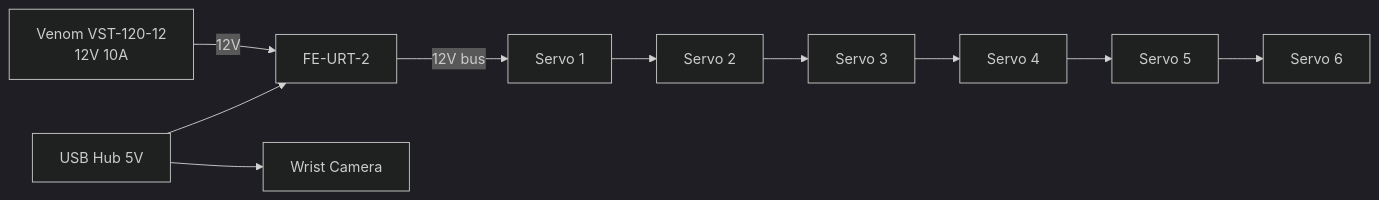
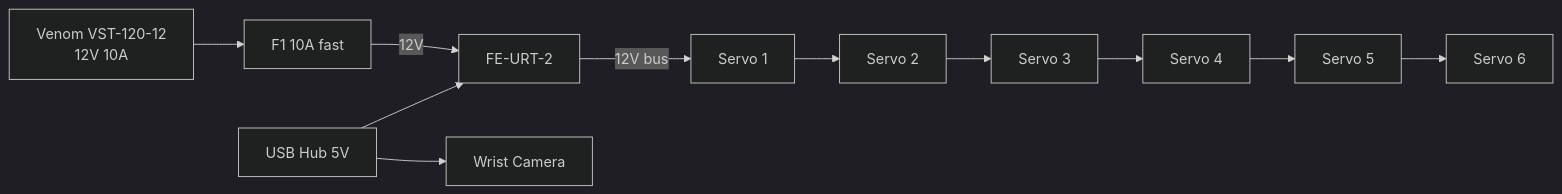
Before and after one commit to dark-neonus/Cleany_AI_Trash_Sorting_Robot: the fifth of 8 diagrams in electronics/ELECTRONICS.md, drawn with Mermaid (dark theme). The commit also changed other lines of this file and 1 other file, not shown here.

````diff
--- a/electronics/ELECTRONICS.md
+++ b/electronics/ELECTRONICS.md
@@ -198,7 +267,7 @@
 ```mermaid
 flowchart LR
     HUB[USB Hub 5V] --> URT[FE-URT-2]
     HUB --> WCAM[Wrist Camera]
-    PSU12[Venom VST-120-12<br/>12V 10A] -->|12V| URT
+    PSU12[Venom VST-120-12<br/>12V 10A] --> F1[F1 10A fast] -->|12V| URT
     URT -->|12V bus| S1[Servo 1] --> S2[Servo 2] --> S3[Servo 3] --> S4[Servo 4] --> S5[Servo 5] --> S6[Servo 6]
 ```
````
